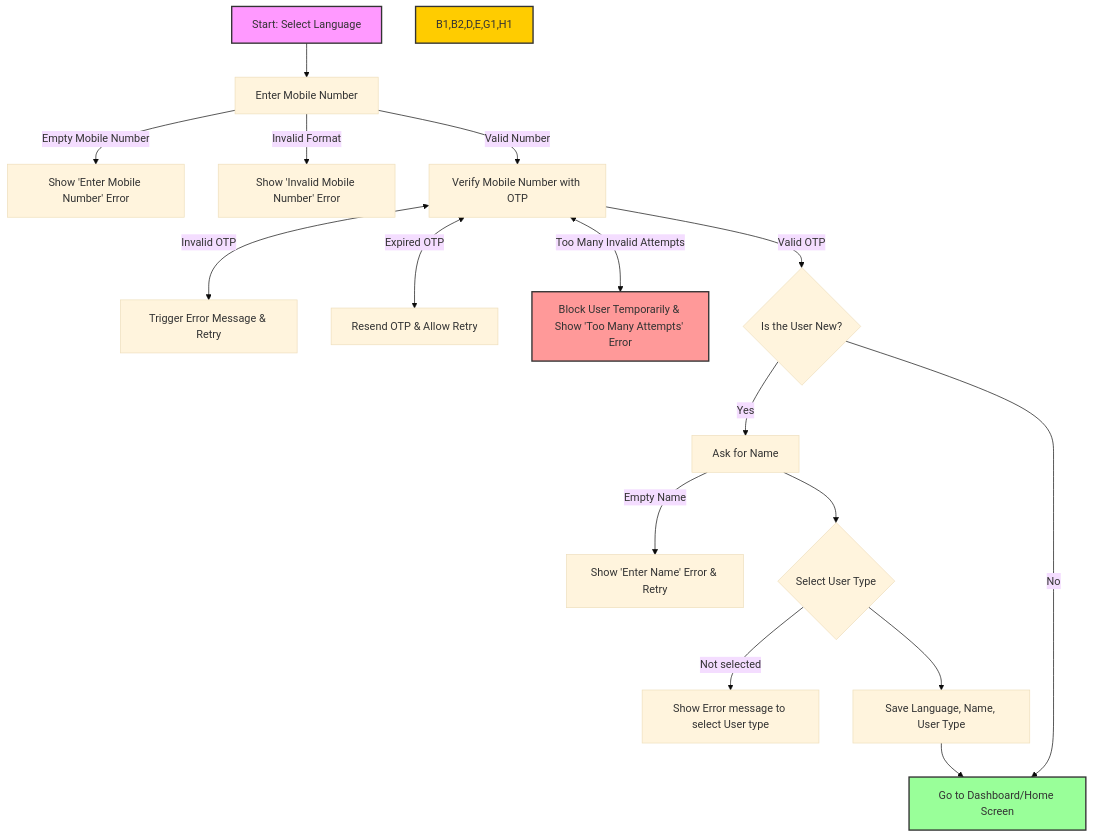
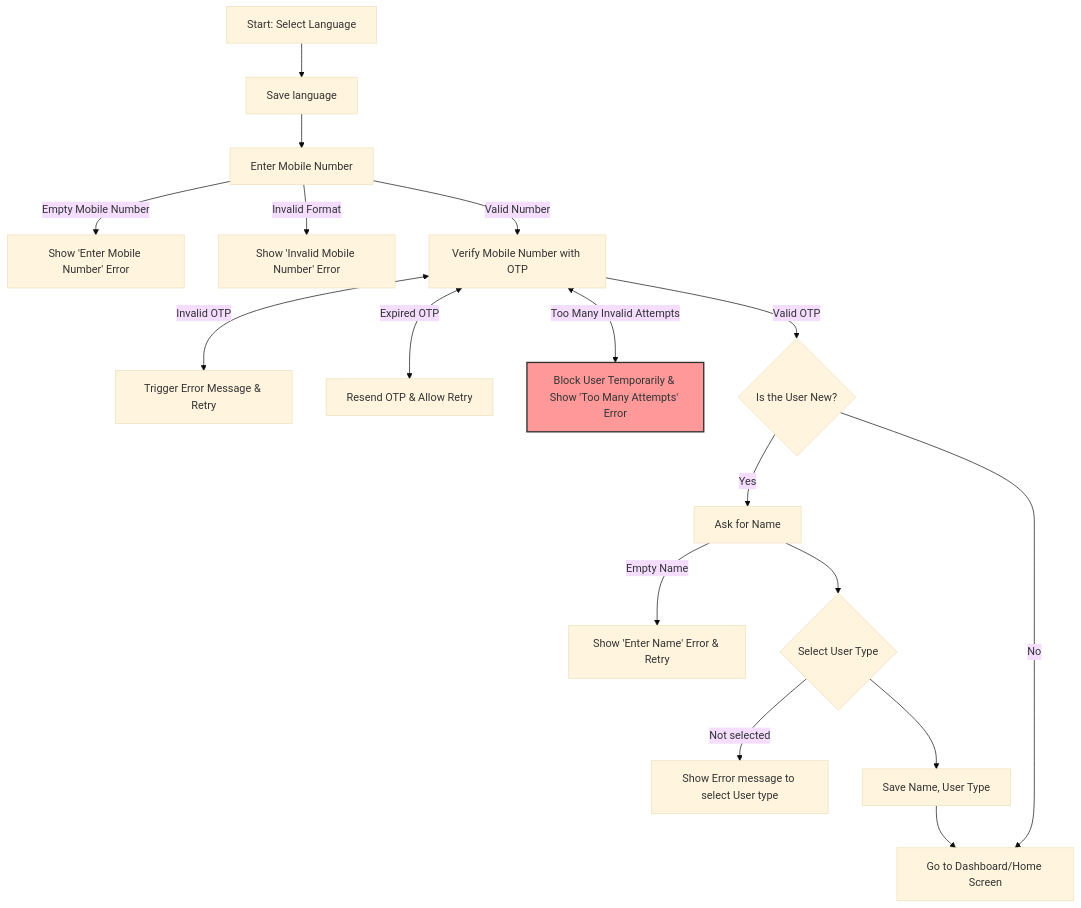
One commit to NitishaPolynomial/GoGoods changed the diagram in Onboarding.md. Above: the diagram before and after it, drawn with Mermaid (base theme).

````diff
--- a/Onboarding.md
+++ b/Onboarding.md
@@ -1,29 +1,25 @@
 ```mermaid
 flowchart TD
-    A["Start: Select Language"] --> B["Enter Mobile Number"]
-    B -- Empty Mobile Number --> B1@{ label: "Show 'Enter Mobile Number' Error" }
-    B -- Invalid Format --> B2@{ label: "Show 'Invalid Mobile Number' Error" }
-    B -- Valid Number --> C["Verify Mobile Number with OTP"]
-    C -- Invalid OTP <--> D["Trigger Error Message & Retry"]
-    C -- Expired OTP <--> E["Resend OTP & Allow Retry"]
-    C -- Too Many Invalid Attempts <--> D1@{ label: "Block User Temporarily & Show 'Too Many Attempts' Error" }
-    C -- Valid OTP --> F{"Is the User New?"}
-    F -- Yes --> G["Ask for Name"]
-    G -- Empty Name --> G1@{ label: "Show 'Enter Name' Error & Retry" }
-    G --> H{"Select User Type"}
-    H -- Not selected --> H1["Show Error message to select User type"]
-    H --> I["Save Language, Name, User Type"]
-    I --> J["Go to Dashboard/Home Screen"]
-    F -- No --> J
-    B1,B2,D,E,G1,H1["B1,B2,D,E,G1,H1"]
-    B1@{ shape: rect}
-    B2@{ shape: rect}
-    D1@{ shape: rect}
-    G1@{ shape: rect}
-    style A fill:#f9f,stroke:#333,stroke-width:2px
+    A["Start: Select Language"] --> B["Save language"]
+    B --> C["Enter Mobile Number"]
+    C -- Empty Mobile Number --> C1@{ label: "Show 'Enter Mobile Number' Error" }
+    C -- Invalid Format --> C2@{ label: "Show 'Invalid Mobile Number' Error" }
+    C -- Valid Number --> D["Verify Mobile Number with OTP"]
+    D -- Invalid OTP <--> E["Trigger Error Message & Retry"]
+    D -- Expired OTP <--> F["Resend OTP & Allow Retry"]
+    D -- Too Many Invalid Attempts <--> D1@{ label: "Block User Temporarily & Show 'Too Many Attempts' Error" }
+    D -- Valid OTP --> G{"Is the User New?"}
+    G -- Yes --> H["Ask for Name"]
+    H -- Empty Name --> H1@{ label: "Show 'Enter Name' Error & Retry" }
+    H --> I{"Select User Type"}
+    I -- Not selected --> I1["Show Error message to select User type"]
+    I --> J["Save Name, User Type"]
+    J --> K["Go to Dashboard/Home Screen"]
+    G -- No --> K
+
     style D1 fill:#f99,stroke:#333,stroke-width:2px
-    style J fill:#9f9,stroke:#333,stroke-width:2px
-    style B1,B2,D,E,G1,H1 fill:#ffcc00,stroke:#333,stroke-width:2px
+   
+
 
 
 ```
````
